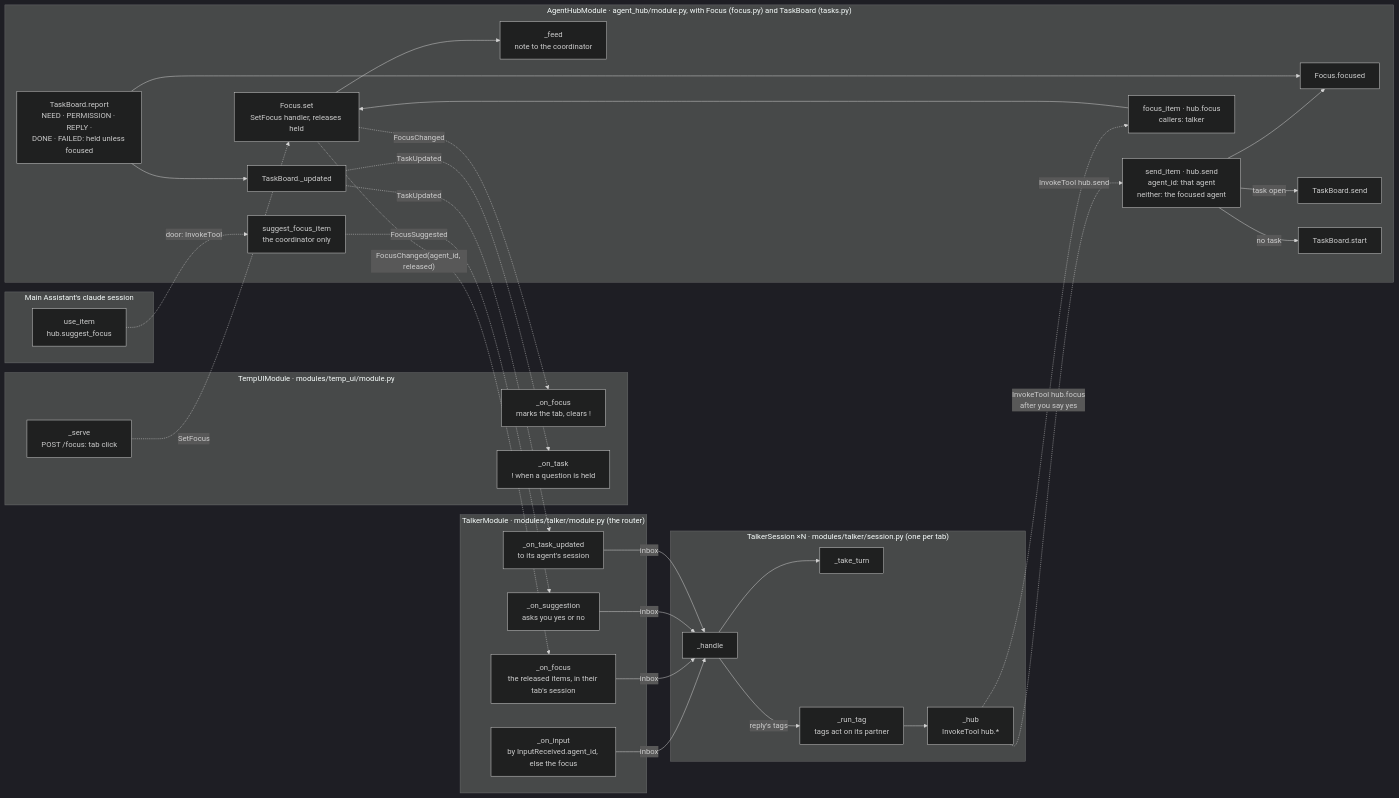
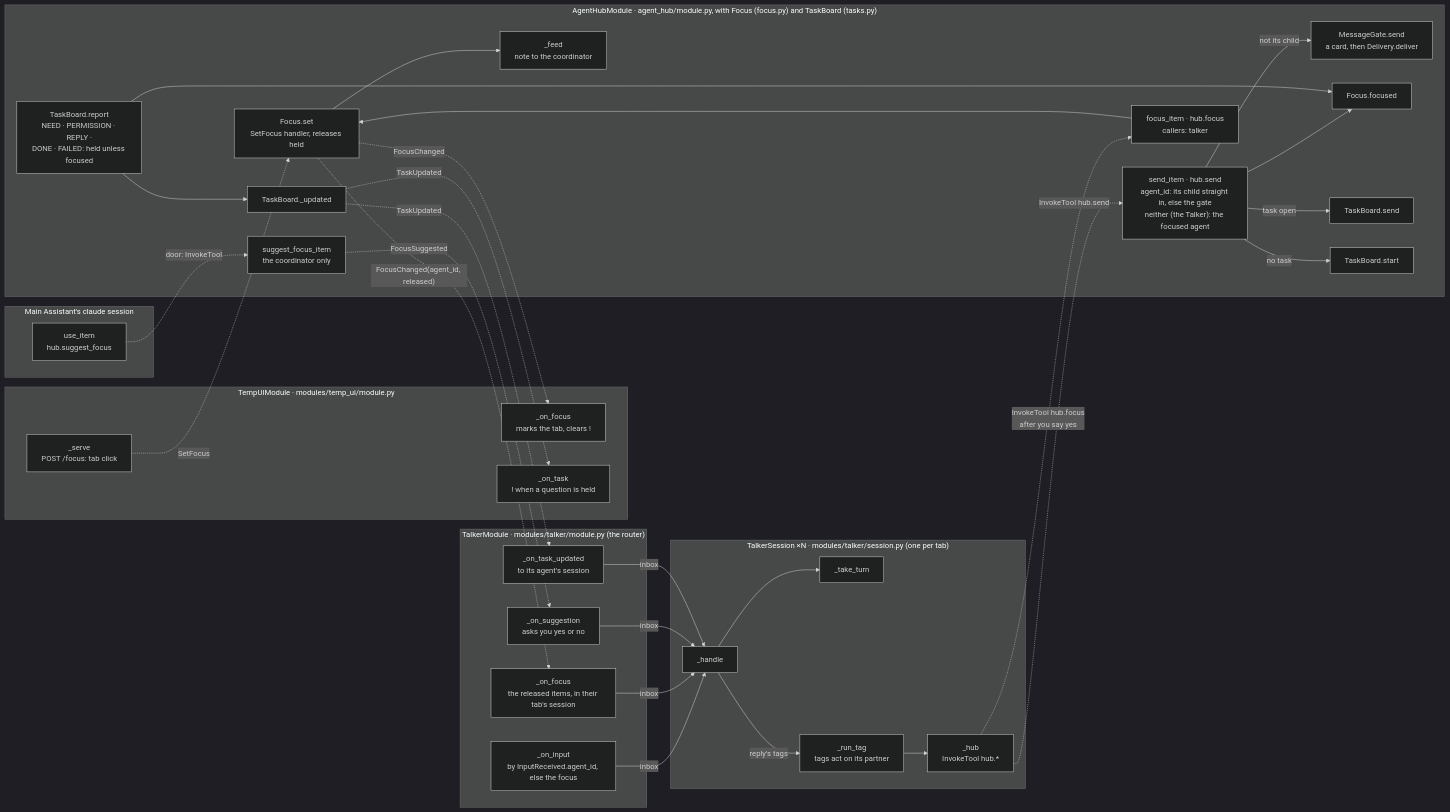
The first of 3 diagrams in docs/architecture/agents-code.md (sharramon/AI_Assistant), drawn with Mermaid (dark theme) before and after one commit. The commit also changed other lines of this file and 45 other files, not shown here.

````diff
--- a/docs/architecture/agents-code.md
+++ b/docs/architecture/agents-code.md
@@ -31,65 +32,67 @@
 ```mermaid
 flowchart LR
   subgraph UI["TempUIModule · modules/temp_ui/module.py"]
     ui_serve["_serve<br/>POST /focus: tab click"]
     ui_focus["_on_focus<br/>marks the tab, clears !"]
     ui_task["_on_task<br/>! when a question is held"]
   end
 
   subgraph TK["TalkerModule · modules/talker/module.py (the router)"]
     tk_input["_on_input<br/>by InputReceived.agent_id, else the focus"]
     tk_fc["_on_focus<br/>the released items, in their tab's session"]
     tk_sug["_on_suggestion<br/>asks you yes or no"]
     tk_tu["_on_task_updated<br/>to its agent's session"]
   end
 
   subgraph TS["TalkerSession ×N · modules/talker/session.py (one per tab)"]
     tk_handle["_handle"]
     tk_turn["_take_turn"]
     tk_tag["_run_tag<br/>tags act on its partner"]
     tk_hub["_hub<br/>InvokeTool hub.*"]
   end
 
   subgraph MCL["Main Assistant's claude session"]
     mcl_use["use_item<br/>hub.suggest_focus"]
   end
 
   subgraph HUB["AgentHubModule · agent_hub/module.py, with Focus (focus.py) and TaskBoard (tasks.py)"]
-    h_send_item["send_item · hub.send<br/>agent_id: that agent<br/>neither: the focused agent"]
+    h_send_item["send_item · hub.send<br/>agent_id: its child straight in, else the gate<br/>neither (the Talker): the focused agent"]
+    h_gate["MessageGate.send<br/>a card, then Delivery.deliver"]
     h_focus_item["focus_item · hub.focus<br/>callers: talker"]
     h_suggest["suggest_focus_item<br/>the coordinator only"]
     h_setfocus["Focus.set<br/>SetFocus handler, releases held"]
     h_focused["Focus.focused"]
     h_report["TaskBoard.report<br/>NEED · PERMISSION · REPLY ·<br/>DONE · FAILED: held unless focused"]
     h_sendtask["TaskBoard.send"]
     h_start["TaskBoard.start"]
     h_updated["TaskBoard._updated"]
     h_feed["_feed<br/>note to the coordinator"]
   end
 
   ui_serve -. "SetFocus" .-> h_setfocus
   tk_input -- "inbox" --> tk_handle
   tk_fc -- "inbox" --> tk_handle
   tk_sug -- "inbox" --> tk_handle
   tk_tu -- "inbox" --> tk_handle
   tk_handle --> tk_turn
   tk_handle -- "reply's tags" --> tk_tag
   tk_tag --> tk_hub
   tk_hub -. "InvokeTool hub.send" .-> h_send_item
   tk_hub -. "InvokeTool hub.focus<br/>after you say yes" .-> h_focus_item
   mcl_use -. "door: InvokeTool" .-> h_suggest
 
   h_send_item --> h_focused
   h_send_item -- "task open" --> h_sendtask
   h_send_item -- "no task" --> h_start
+  h_send_item -- "not its child" --> h_gate
   h_focus_item --> h_setfocus
   h_setfocus --> h_feed
   h_report --> h_focused
   h_report --> h_updated
 
   h_suggest -. "FocusSuggested" .-> tk_sug
   h_setfocus -. "FocusChanged(agent_id, released)" .-> tk_fc
   h_setfocus -. "FocusChanged" .-> ui_focus
   h_updated -. "TaskUpdated" .-> tk_tu
   h_updated -. "TaskUpdated" .-> ui_task
 ```
````
